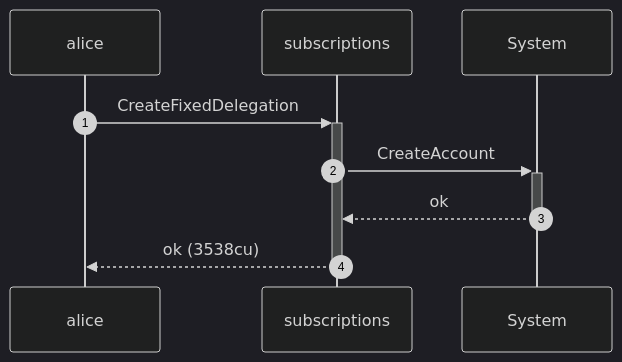
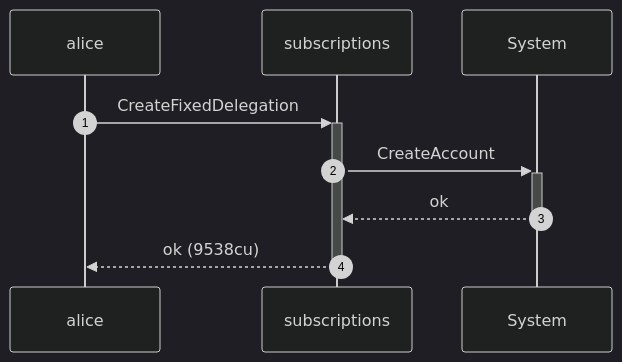
One commit to cds-rs/subscriptions changed the sixth of 12 diagrams in dsl_tests/fixed-transfer-within-the-drift-window-succeeds.md. Above: the diagram before and after it, drawn with Mermaid (dark theme). The commit also changed other lines of this file and 224 other files, not shown here.

````diff
--- a/dsl_tests/fixed-transfer-within-the-drift-window-succeeds.md
+++ b/dsl_tests/fixed-transfer-within-the-drift-window-succeeds.md
@@ -116,11 +122,11 @@
 ```mermaid
 sequenceDiagram
     autonumber
     participant alice
     participant subscriptions
     participant System
     alice ->>+ subscriptions: CreateFixedDelegation
     subscriptions ->>+ System: CreateAccount
     System -->>- subscriptions: ok
-    subscriptions -->>- alice: ok (3538cu)
+    subscriptions -->>- alice: ok (9538cu)
 ```
````
